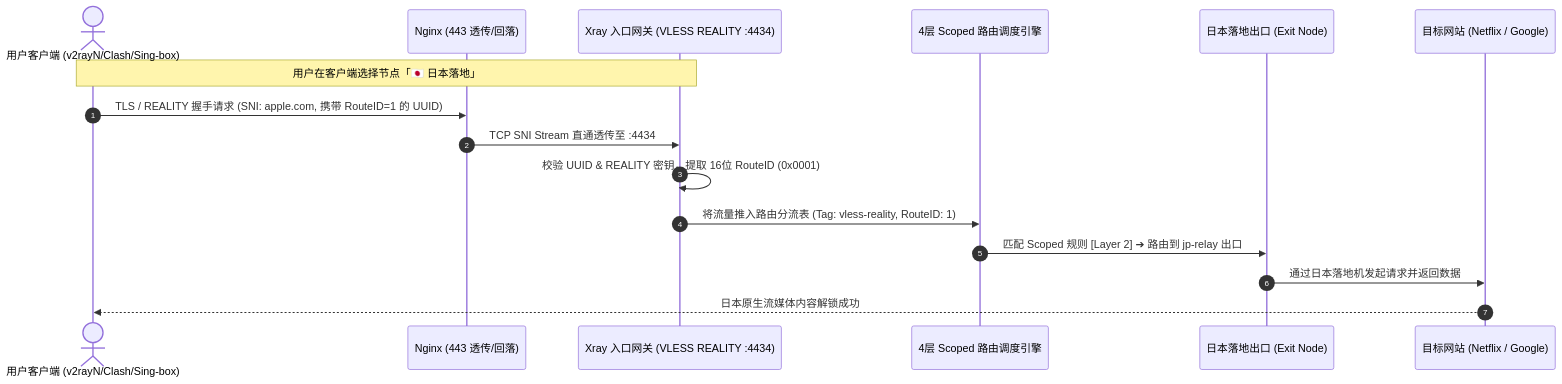
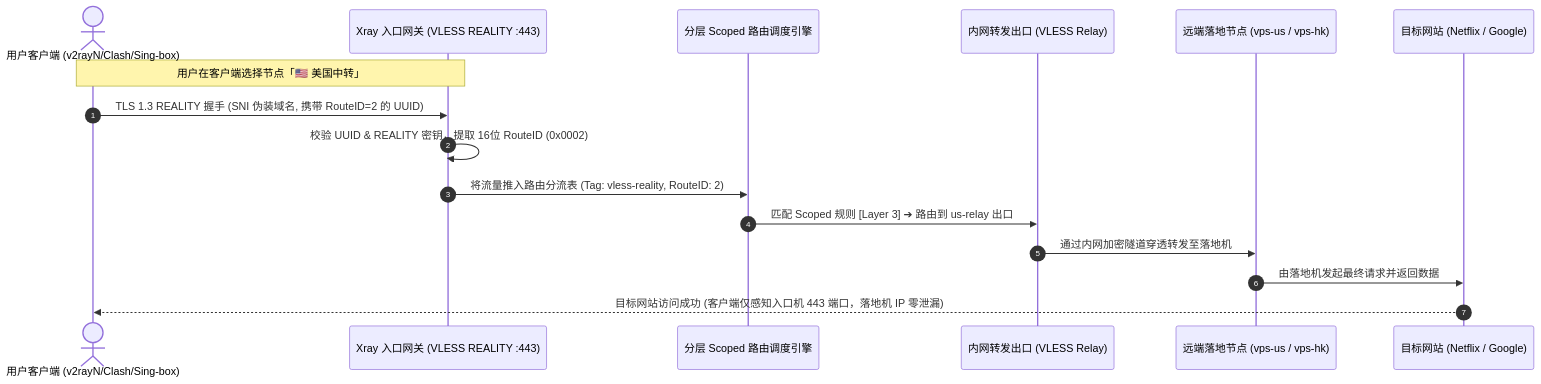
One commit to coding-leaf/xray-panel changed the second of 4 diagrams in docs/ARCHITECTURE_AND_LOGIC.md. Above: the diagram before and after it, drawn with Mermaid. The commit also changed other lines of this file and 3 other files, not shown here.

Commit message:
docs: sync architecture and README to v2.0.0, untrack private guide in gitignore

````diff
--- a/docs/ARCHITECTURE_AND_LOGIC.md
+++ b/docs/ARCHITECTURE_AND_LOGIC.md
@@ -47,19 +55,19 @@
 ```mermaid
 sequenceDiagram
     autonumber
     actor User as 用户客户端 (v2rayN/Clash/Sing-box)
-    participant Nginx as Nginx (443 透传/回落)
-    participant Gateway as Xray 入口网关 (VLESS REALITY :4434)
-    participant Router as 4层 Scoped 路由调度引擎
-    participant ExitJP as 日本落地出口 (Exit Node)
+    participant Gateway as Xray 入口网关 (VLESS REALITY :443)
+    participant Router as 分层 Scoped 路由调度引擎
+    participant RelayOut as 内网转发出口 (VLESS Relay)
+    participant EgressNode as 远端落地节点 (vps-us / vps-hk)
     participant Target as 目标网站 (Netflix / Google)
 
-    Note over User,Gateway: 用户在客户端选择节点「🇯🇵 日本落地」
-    User->>Nginx: TLS / REALITY 握手请求 (SNI: apple.com, 携带 RouteID=1 的 UUID)
-    Nginx->>Gateway: TCP SNI Stream 直通透传至 :4434
-    Gateway->>Gateway: 校验 UUID & REALITY 密钥，提取 16位 RouteID (0x0001)
-    Gateway->>Router: 将流量推入路由分流表 (Tag: vless-reality, RouteID: 1)
-    Router->>ExitJP: 匹配 Scoped 规则 [Layer 2] ➔ 路由到 jp-relay 出口
-    ExitJP->>Target: 通过日本落地机发起请求并返回数据
-    Target-->>User: 日本原生流媒体内容解锁成功
+    Note over User,Gateway: 用户在客户端选择节点「🇺🇸 美国中转」
+    User->>Gateway: TLS 1.3 REALITY 握手 (SNI 伪装域名, 携带 RouteID=2 的 UUID)
+    Gateway->>Gateway: 校验 UUID & REALITY 密钥，提取 16位 RouteID (0x0002)
+    Gateway->>Router: 将流量推入路由分流表 (Tag: vless-reality, RouteID: 2)
+    Router->>RelayOut: 匹配 Scoped 规则 [Layer 3] ➔ 路由到 us-relay 出口
+    RelayOut->>EgressNode: 通过内网加密隧道穿透转发至落地机
+    EgressNode->>Target: 由落地机发起最终请求并返回数据
+    Target-->>User: 目标网站访问成功 (客户端仅感知入口机 443 端口，落地机 IP 零泄漏)
 ```
````
